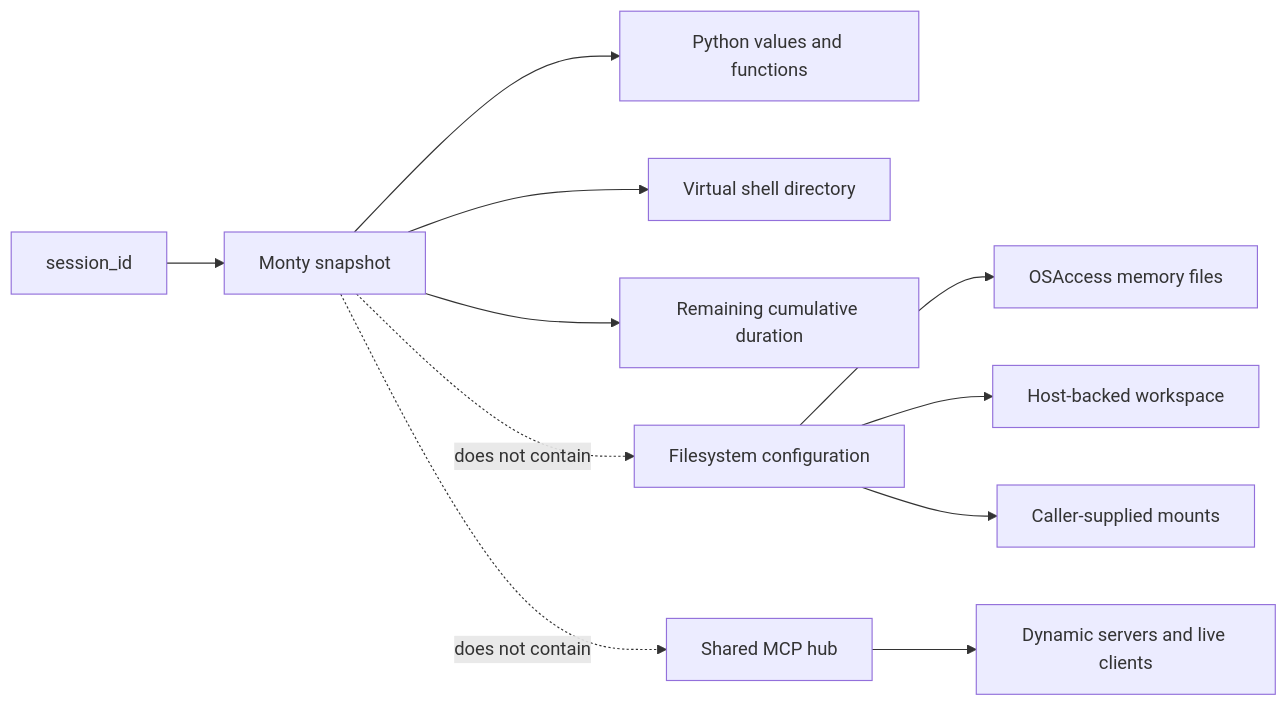
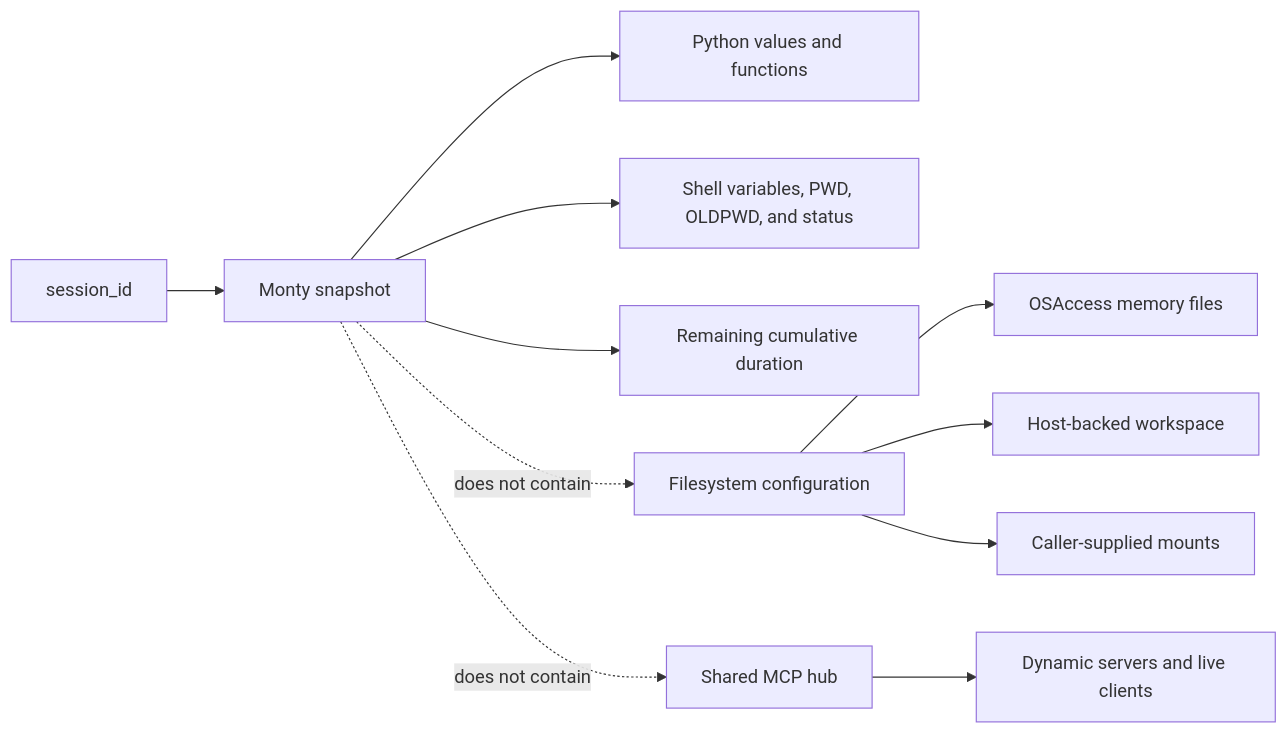
The third of 6 diagrams in docs/architecture.md (sgaseretto/arenero), drawn with Mermaid before and after one commit. The commit also changed other lines of this file and 19 other files, not shown here.

Commit message:
feat: expand virtual shell compatibility

````diff
--- a/docs/architecture.md
+++ b/docs/architecture.md
@@ -209,15 +209,15 @@
 ```mermaid
 flowchart LR
     SessionID["session_id"] --> Snapshot["Monty snapshot"]
     Snapshot --> PythonState["Python values and functions"]
-    Snapshot --> Cwd["Virtual shell directory"]
+    Snapshot --> ShellState["Shell variables, PWD, OLDPWD, and status"]
     Snapshot --> Budget["Remaining cumulative duration"]
 
     FileConfig["Filesystem configuration"] --> MemoryFiles["OSAccess memory files"]
     FileConfig --> Workspace["Host-backed workspace"]
     FileConfig --> Mounts["Caller-supplied mounts"]
     Hub["Shared MCP hub"] --> Registry["Dynamic servers and live clients"]
 
     Snapshot -. does not contain .-> FileConfig
     Snapshot -. does not contain .-> Hub
 ```
````
